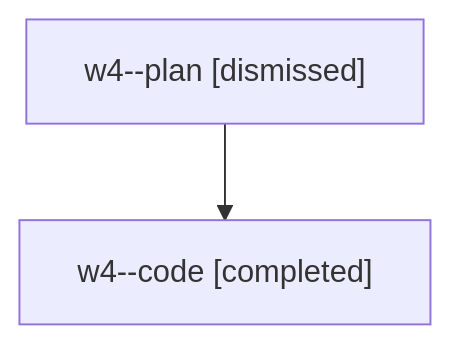
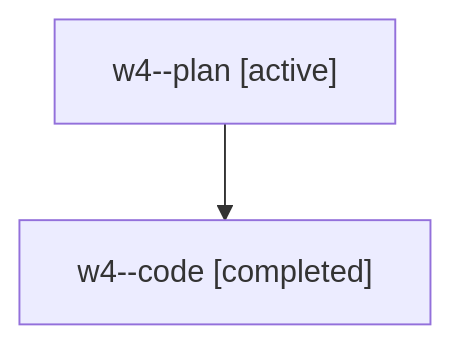
Before and after one commit to sase-org/sase--agents: the diagram in families/bbugyi200.athena.w4.md, drawn with Mermaid. The commit also changed other lines of this file and 35830 other files, not shown here.

````diff
--- a/families/bbugyi200.athena.w4.md
+++ b/families/bbugyi200.athena.w4.md
@@ -9,6 +9,6 @@
 ```mermaid
 flowchart TD
-  n0["w4--plan [dismissed]"]
+  n0["w4--plan [active]"]
   n1["w4--code [completed]"]
   n0 --> n1
 ```
````
